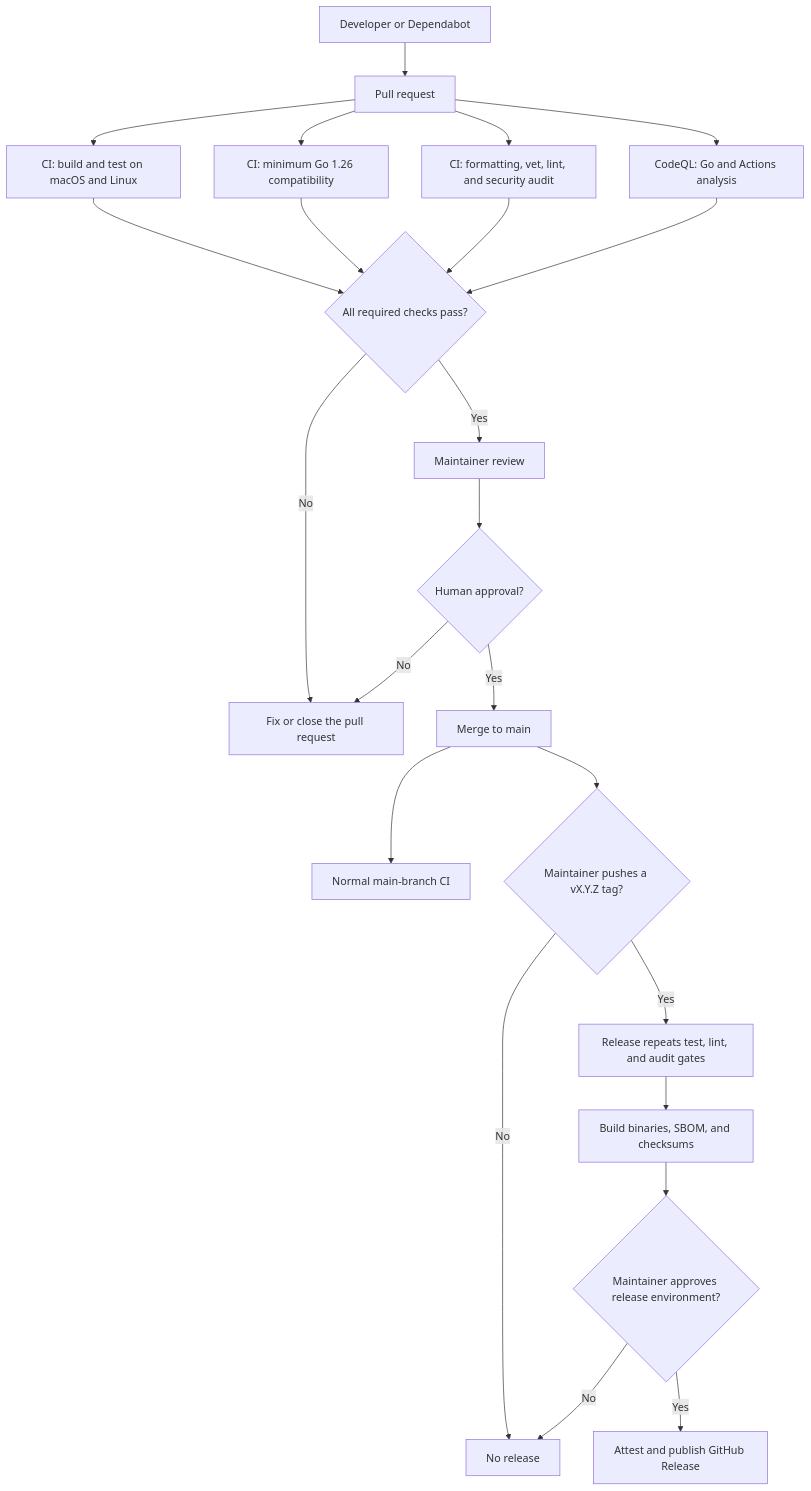
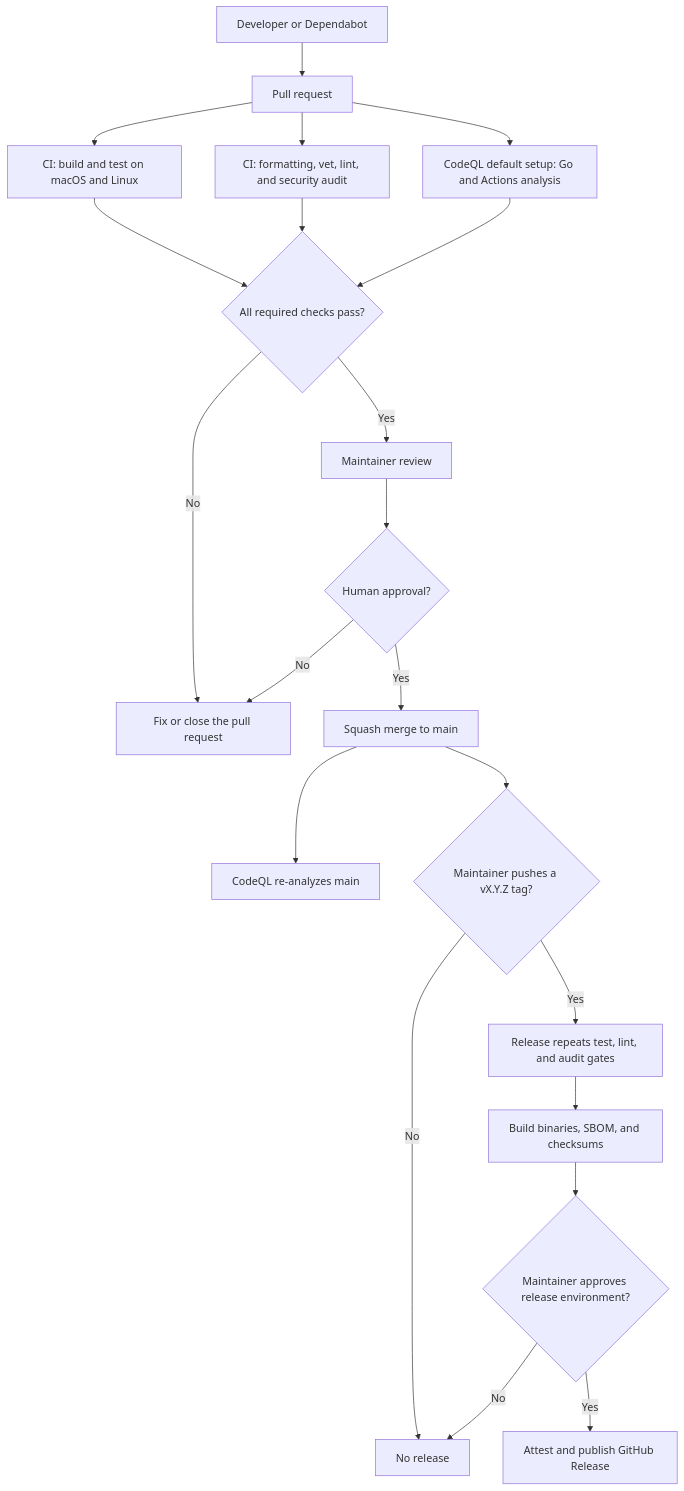
Before and after one commit to 0xF3tt/dorocap: the diagram in docs/AUTOMATION.md, drawn with Mermaid. The commit also changed other lines of this file and 14 other files, not shown here.

Commit message:
chore: drop tools module and extra workflows, use CodeQL default setup (#9)

````diff
--- a/docs/AUTOMATION.md
+++ b/docs/AUTOMATION.md
@@ -9,25 +9,23 @@
 ```mermaid
 flowchart TD
     A[Developer or Dependabot] --> B[Pull request]
     B --> C[CI: build and test on macOS and Linux]
-    B --> D[CI: minimum Go 1.26 compatibility]
     B --> E[CI: formatting, vet, lint, and security audit]
-    B --> F[CodeQL: Go and Actions analysis]
+    B --> F[CodeQL default setup: Go and Actions analysis]
     C --> G{All required checks pass?}
-    D --> G
     E --> G
     F --> G
     G -- No --> H[Fix or close the pull request]
     G -- Yes --> I[Maintainer review]
     I --> J{Human approval?}
     J -- No --> H
-    J -- Yes --> K[Merge to main]
-    K --> L[Normal main-branch CI]
+    J -- Yes --> K[Squash merge to main]
+    K --> L[CodeQL re-analyzes main]
     K --> M{Maintainer pushes a vX.Y.Z tag?}
     M -- No --> N[No release]
     M -- Yes --> O[Release repeats test, lint, and audit gates]
     O --> P[Build binaries, SBOM, and checksums]
     P --> R{Maintainer approves release environment?}
     R -- No --> N
     R -- Yes --> Q[Attest and publish GitHub Release]
 ```
````
